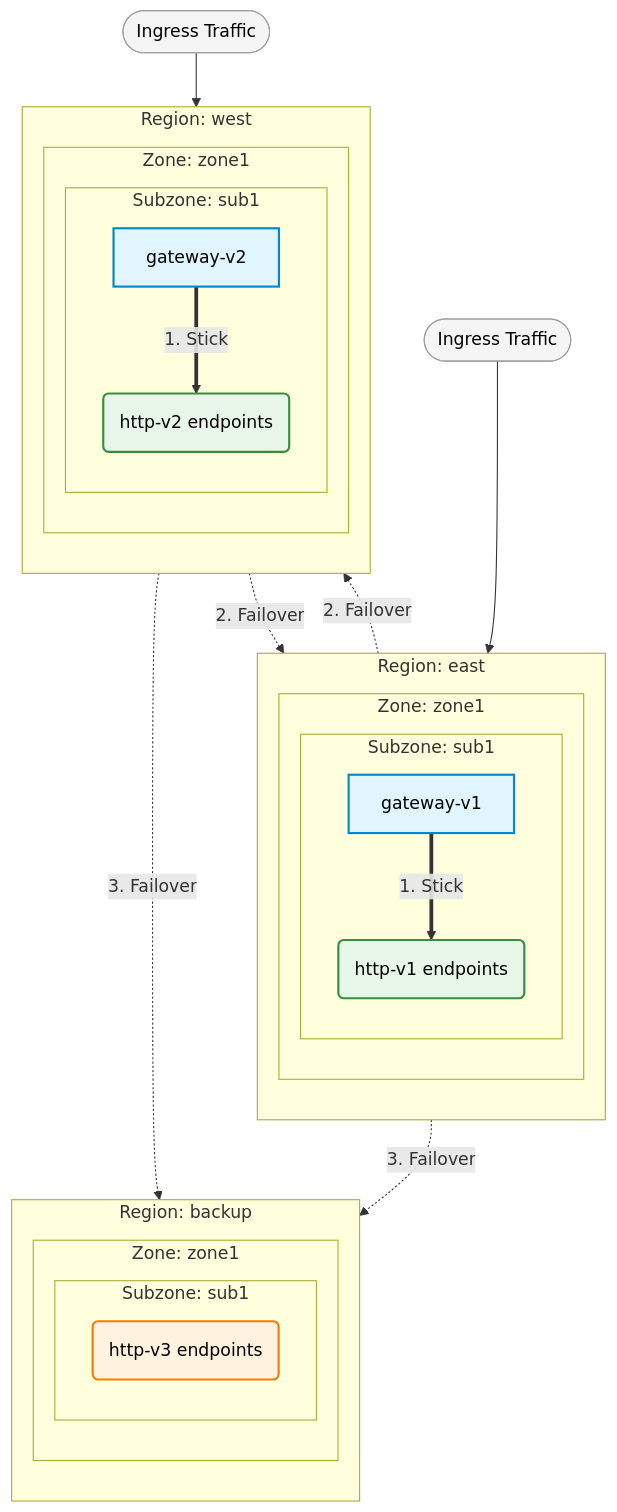
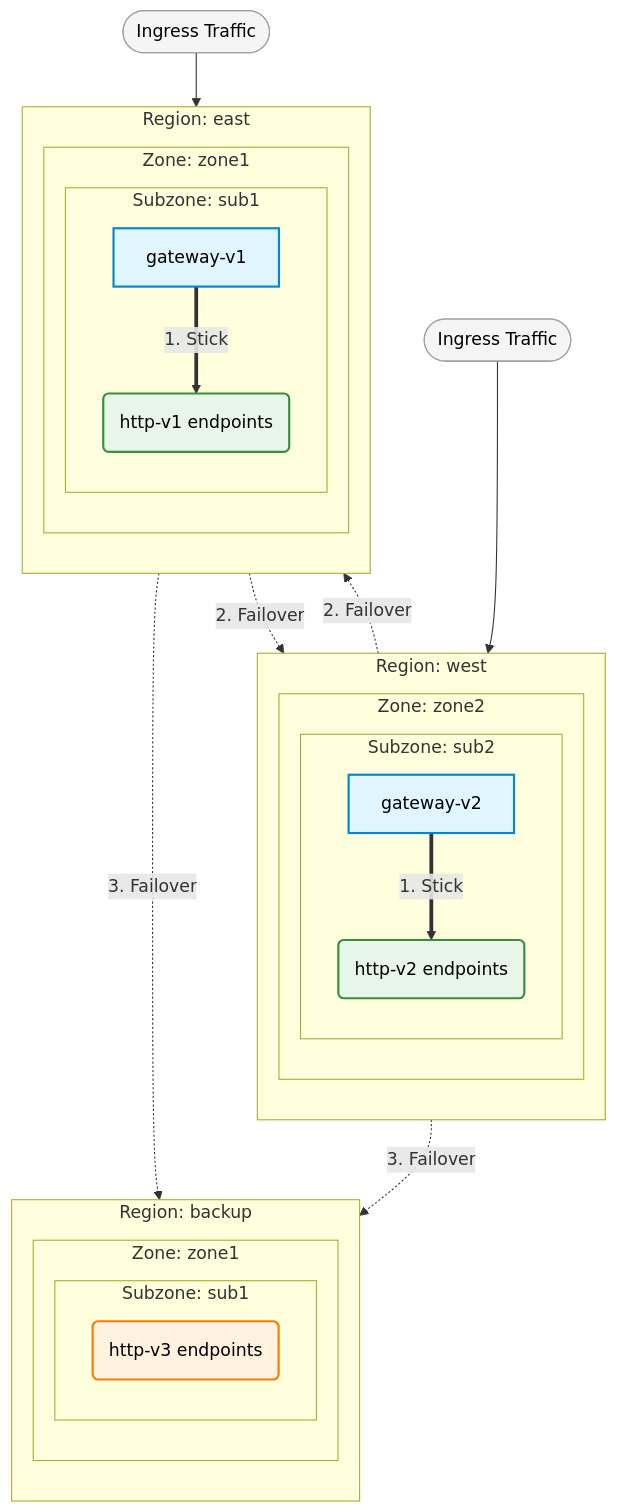
One commit to michaelalang/istio-example-configurations changed the diagram in zoneaware/README.md. Above: the diagram before and after it, drawn with Mermaid.

Commit message:
fixed graph

````diff
--- a/zoneaware/README.md
+++ b/zoneaware/README.md
@@ -84,57 +84,57 @@
 ```mermaid
 flowchart TD
     %% External Ingress Traffic
+    InWest([Ingress Traffic]) --> GW2
     InEast([Ingress Traffic]) --> GW1
-    InWest([Ingress Traffic]) --> GW2
 
     %% Topology Boundaries
+    subgraph Region_West [Region: west]
+        direction TB
+        subgraph Zone_West1 [Zone: zone2]
+            subgraph Sub_West1 [Subzone: sub2]
+                GW2[gateway-v2]
+                SVC2(http-v2 endpoints)
+            end
+        end
+    end
+    
     subgraph Region_East [Region: east]
         direction TB
         subgraph Zone_East1 [Zone: zone1]
             subgraph Sub_East1 [Subzone: sub1]
                 GW1[gateway-v1]
                 SVC1(http-v1 endpoints)
-            end
-        end
-    end
-    
-    subgraph Region_West [Region: west]
-        direction TB
-        subgraph Zone_West1 [Zone: zone1]
-            subgraph Sub_West1 [Subzone: sub1]
-                GW2[gateway-v2]
-                SVC2(http-v2 endpoints)
             end
         end
     end
     
     subgraph Region_Backup [Region: backup]
         direction TB
         subgraph Zone_Backup1 [Zone: zone1]
             subgraph Sub_Backup1 [Subzone: sub1]
                 SVC3(http-v3 endpoints)
             end
         end
     end
 
     %% Gateway 1 Routing Logic (East)
     GW1 ==>|1. Stick| SVC1
     GW1 -.->|2. Failover| SVC2
     GW1 -.->|3. Failover| SVC3
 
     %% Gateway 2 Routing Logic (West)
     GW2 ==>|1. Stick| SVC2
     GW2 -.->|2. Failover| SVC1
     GW2 -.->|3. Failover| SVC3
 
     %% Styling and coloring for clarity
     classDef gateway fill:#e1f5fe,stroke:#0288d1,stroke-width:2px,color:#000
     classDef primary fill:#e8f5e9,stroke:#388e3c,stroke-width:2px,color:#000
     classDef backup fill:#fff3e0,stroke:#f57c00,stroke-width:2px,color:#000
     classDef ingress fill:#f5f5f5,stroke:#9e9e9e,stroke-width:1px,color:#000
     
     class GW1,GW2 gateway
     class SVC1,SVC2 primary
     class SVC3 backup
     class InEast,InWest ingress
 ```
````
